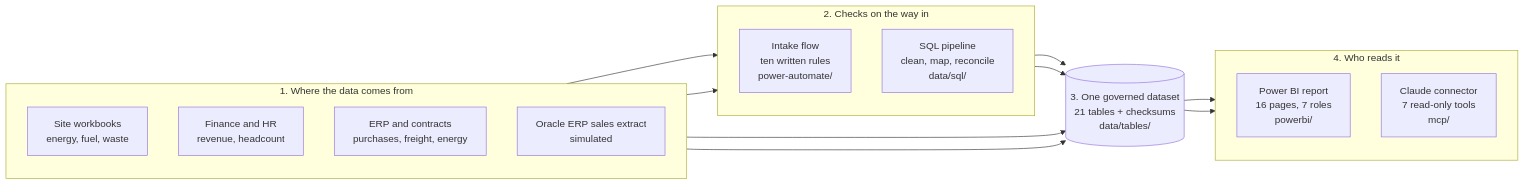
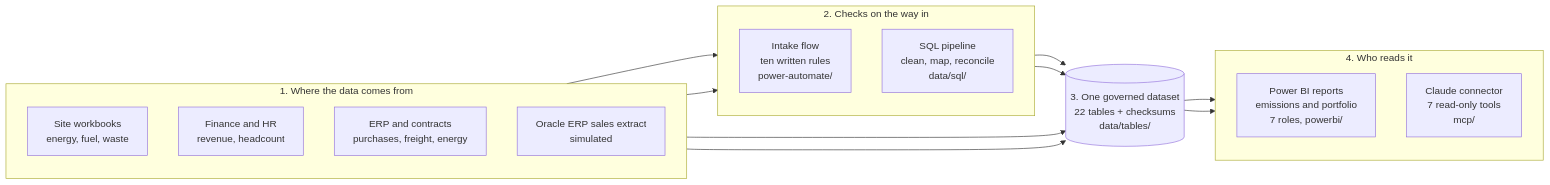
One commit to voneeci/fjordvik changed the diagram in README.md. Above: the diagram before and after it, drawn with Mermaid. The commit also changed other lines of this file and 383 other files, not shown here.

First line of the commit message:
Power BI redesign: two reports on one model, budget, waterfall, theme

````diff
--- a/README.md
+++ b/README.md
@@ -44,27 +44,27 @@
 ```mermaid
 flowchart LR
     subgraph IN["1. Where the data comes from"]
         direction TB
         A["Site workbooks<br/>energy, fuel, waste"]
         B["Finance and HR<br/>revenue, headcount"]
         C["ERP and contracts<br/>purchases, freight, energy"]
         D["Oracle ERP sales extract<br/>simulated"]
     end
     subgraph CHECK["2. Checks on the way in"]
         direction TB
         E["Intake flow<br/>ten written rules<br/>power-automate/"]
         F["SQL pipeline<br/>clean, map, reconcile<br/>data/sql/"]
     end
-    G[("3. One governed dataset<br/>21 tables + checksums<br/>data/tables/")]
+    G[("3. One governed dataset<br/>22 tables + checksums<br/>data/tables/")]
     subgraph OUT["4. Who reads it"]
         direction TB
-        H["Power BI report<br/>16 pages, 7 roles<br/>powerbi/"]
+        H["Power BI reports<br/>emissions and portfolio<br/>7 roles, powerbi/"]
         I["Claude connector<br/>7 read-only tools<br/>mcp/"]
     end
     A --> E --> G
     B --> G
     C --> G
     D --> F --> G
     G --> H
     G --> I
 ```
````
